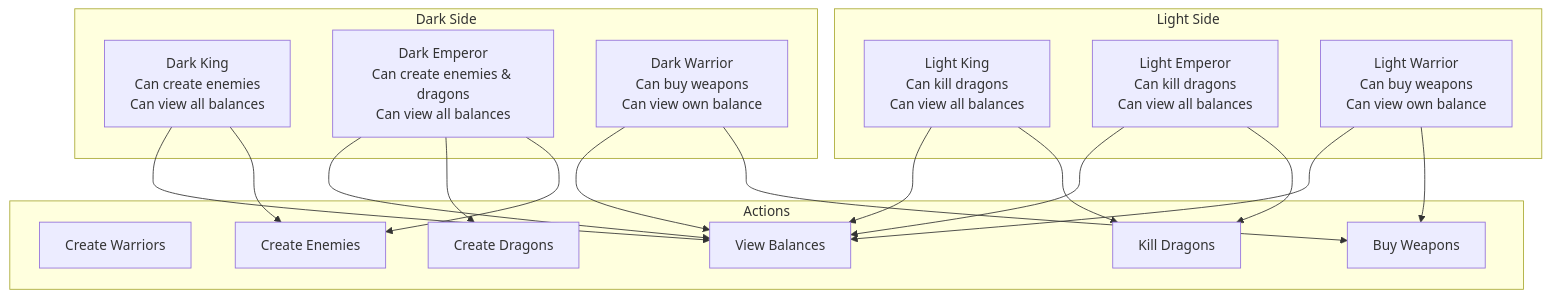
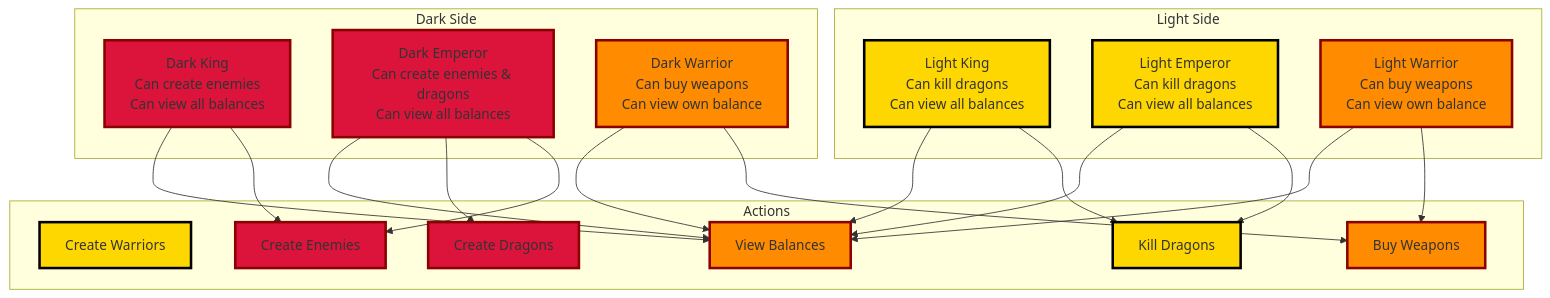
The third of 8 diagrams in README.md (tiraten-bot/network-sec-micro), drawn with Mermaid before and after one commit. The commit also changed other lines of this file, not shown here.

Commit message:
Enhance README.md with updated service communication flow, database architecture, and API endpoint diagrams. Add styling for various components to improve visual clarity and consistency.

````diff
--- a/README.md
+++ b/README.md
@@ -104,38 +117,51 @@
 ```mermaid
 graph TD
     subgraph "Light Side"
         LK[Light King<br/>Can kill dragons<br/>Can view all balances]
         LE[Light Emperor<br/>Can kill dragons<br/>Can view all balances]
         LW[Light Warrior<br/>Can buy weapons<br/>Can view own balance]
     end
     
     subgraph "Dark Side"
         DK[Dark King<br/>Can create enemies<br/>Can view all balances]
         DE[Dark Emperor<br/>Can create enemies & dragons<br/>Can view all balances]
         DW[Dark Warrior<br/>Can buy weapons<br/>Can view own balance]
     end
     
     subgraph "Actions"
         A1[Create Warriors]
         A2[Buy Weapons]
         A3[Create Enemies]
         A4[Create Dragons]
         A5[Kill Dragons]
         A6[View Balances]
     end
     
     LK --> A5
     LK --> A6
     LE --> A5
     LE --> A6
     LW --> A2
     LW --> A6
     
     DK --> A3
     DK --> A6
     DE --> A3
     DE --> A4
     DE --> A6
     DW --> A2
     DW --> A6
+    
+    style LK fill:#FFD700,stroke:#000000,stroke-width:3px
+    style LE fill:#FFD700,stroke:#000000,stroke-width:3px
+    style LW fill:#FF8C00,stroke:#8B0000,stroke-width:3px
+    style DK fill:#DC143C,stroke:#8B0000,stroke-width:3px
+    style DE fill:#DC143C,stroke:#8B0000,stroke-width:3px
+    style DW fill:#FF8C00,stroke:#8B0000,stroke-width:3px
+    style A1 fill:#FFD700,stroke:#000000,stroke-width:3px
+    style A2 fill:#FF8C00,stroke:#8B0000,stroke-width:3px
+    style A3 fill:#DC143C,stroke:#8B0000,stroke-width:3px
+    style A4 fill:#DC143C,stroke:#8B0000,stroke-width:3px
+    style A5 fill:#FFD700,stroke:#000000,stroke-width:3px
+    style A6 fill:#FF8C00,stroke:#8B0000,stroke-width:3px
 ```
````
